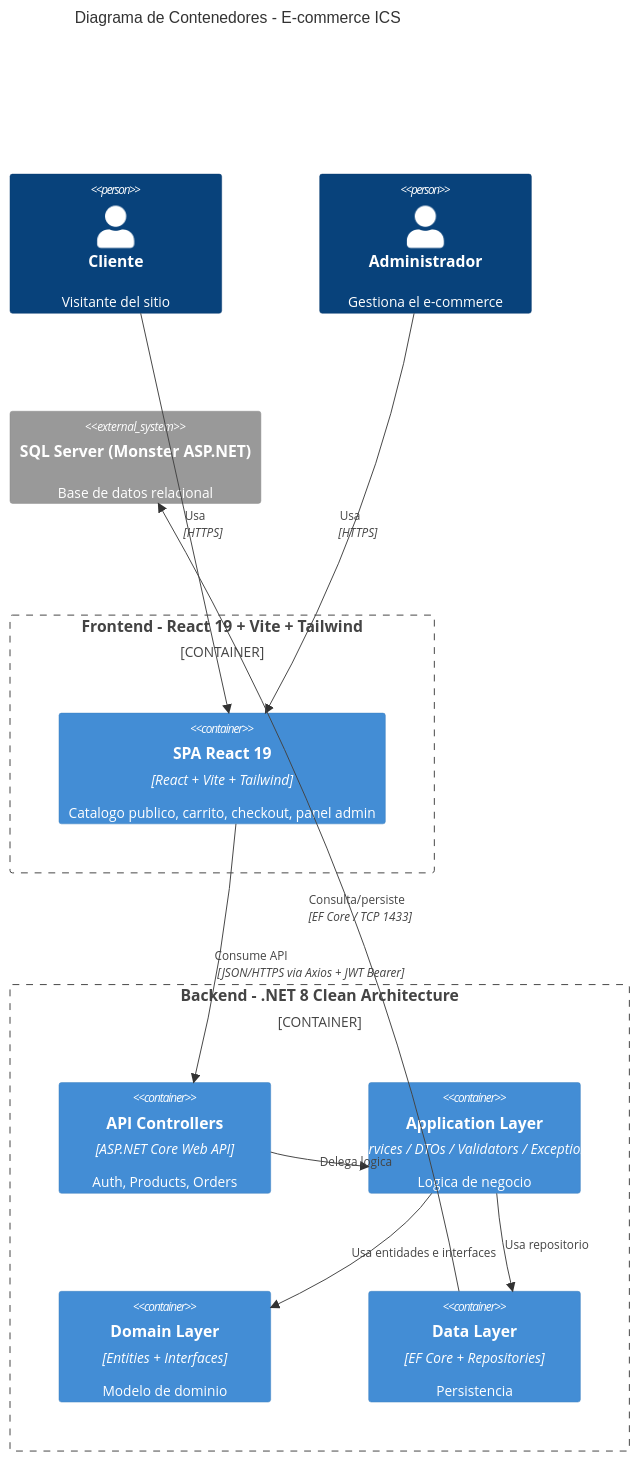
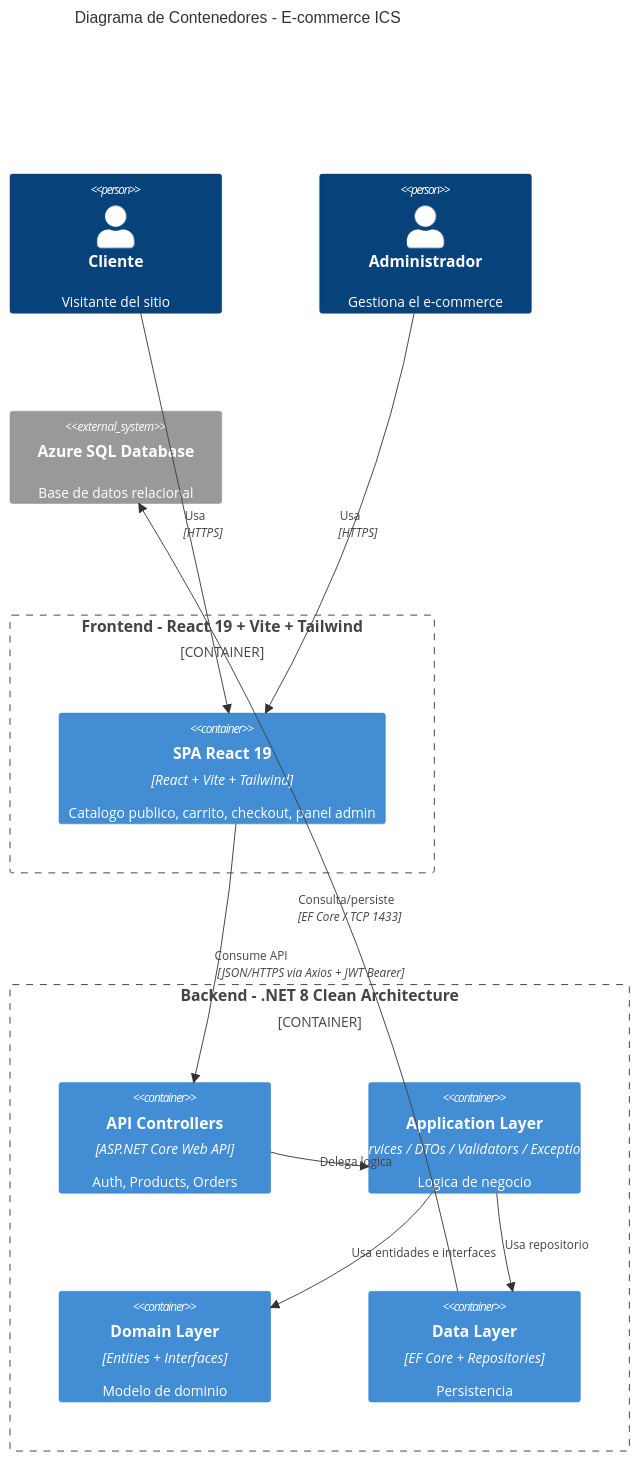
One commit to FT-Key/ICS_TPI2026 changed the second of 5 diagrams in README.md. Above: the diagram before and after it, drawn with Mermaid. The commit also changed other lines of this file and 3 other files, not shown here.

````diff
--- a/README.md
+++ b/README.md
@@ -43,30 +43,30 @@
 ```mermaid
 C4Container
     title Diagrama de Contenedores - E-commerce ICS
 
     Person(cliente, "Cliente", "Visitante del sitio")
     Person(admin, "Administrador", "Gestiona el e-commerce")
 
     Container_Boundary(frontend, "Frontend - React 19 + Vite + Tailwind") {
         Container(spa, "SPA React 19", "React + Vite + Tailwind", "Catalogo publico, carrito, checkout, panel admin")
     }
 
     Container_Boundary(backend, "Backend - .NET 8 Clean Architecture") {
         Container(api, "API Controllers", "ASP.NET Core Web API", "Auth, Products, Orders")
         Container(app, "Application Layer", "Services / DTOs / Validators / Exceptions", "Logica de negocio")
         Container(domain, "Domain Layer", "Entities + Interfaces", "Modelo de dominio")
         Container(data, "Data Layer", "EF Core + Repositories", "Persistencia")
     }
 
-    System_Ext(sqlserver, "SQL Server (Monster ASP.NET)", "Base de datos relacional")
+    System_Ext(sqlserver, "Azure SQL Database", "Base de datos relacional")
 
     Rel(cliente, spa, "Usa", "HTTPS")
     Rel(admin, spa, "Usa", "HTTPS")
     Rel(spa, api, "Consume API", "JSON/HTTPS via Axios + JWT Bearer")
     Rel(api, app, "Delega logica")
     Rel(app, domain, "Usa entidades e interfaces")
     Rel(app, data, "Usa repositorio")
     Rel(data, sqlserver, "Consulta/persiste", "EF Core / TCP 1433")
 
     UpdateLayoutConfig($c4ShapeInRow="3", $c4BoundaryInRow="1")
 ```
````
